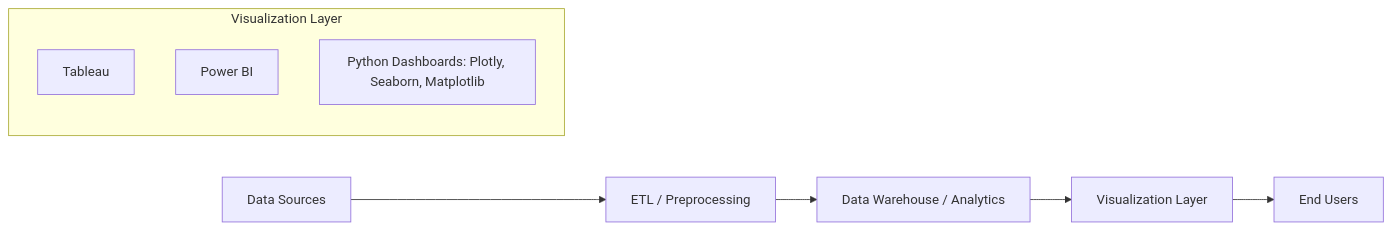
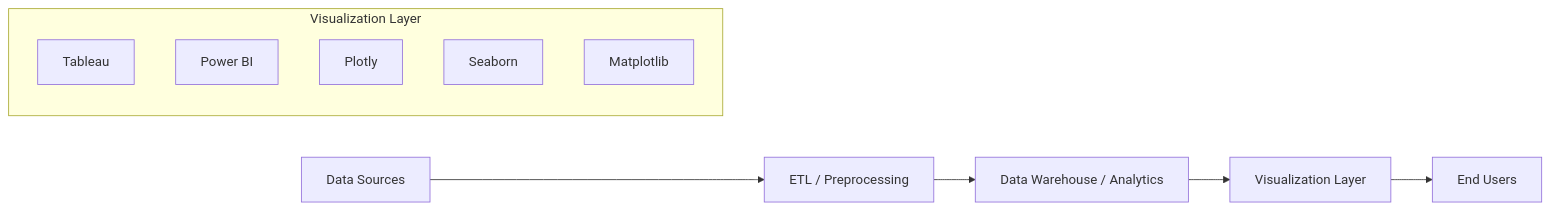
The diagram in README.md (melessemenelik/visualization-dashboards-), drawn with Mermaid before and after one commit.

````diff
--- a/README.md
+++ b/README.md
@@ -125,13 +125,16 @@
 ```mermaid
 flowchart LR
     A[Data Sources] --> B[ETL / Preprocessing]
     B --> C[Data Warehouse / Analytics]
     C --> D[Visualization Layer]
     D --> E[End Users]
 
     subgraph Visualization Layer
         T[Tableau]
         P[Power BI]
-        Py[Python Dashboards: Plotly, Seaborn, Matplotlib]
+        Pl[Plotly]
+        S[Seaborn]
+        M[Matplotlib]
     end
+
 ```
````
